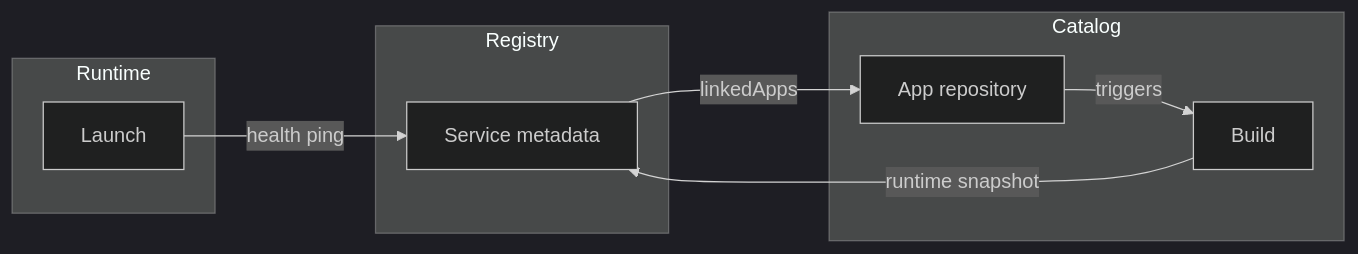
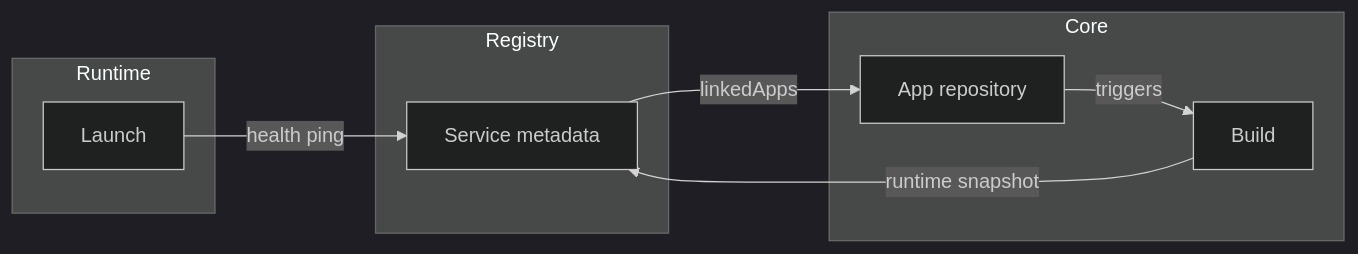
One commit to benediktbwimmer/apphub changed the first of 3 diagrams in docs/architecture.md. Above: the diagram before and after it, drawn with Mermaid (dark theme). The commit also changed other lines of this file and 550 other files, not shown here.

Commit message:
rename catalog to core

````diff
--- a/docs/architecture.md
+++ b/docs/architecture.md
@@ -34,18 +34,18 @@
 ```mermaid
 graph LR
   subgraph Registry
     S[Service metadata]
   end
-  subgraph Catalog
+  subgraph Core
     R[App repository]
     B[Build]
   end
   subgraph Runtime
     L[Launch]
   end
 
   S -- linkedApps --> R
   R -- triggers --> B
   B -- runtime snapshot --> S
   L -- health ping --> S
 ```
````
